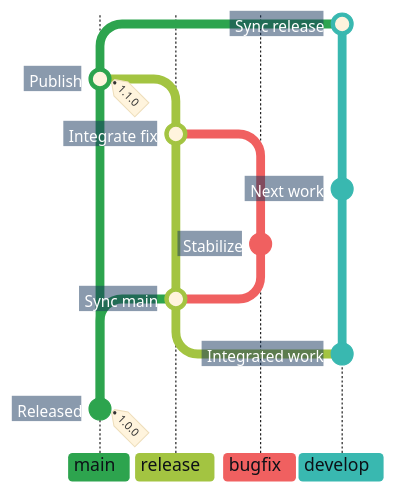
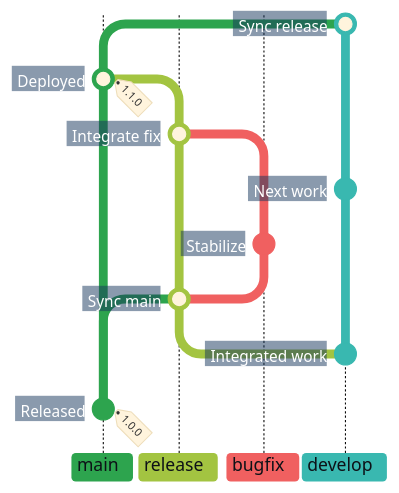
One commit to superhero/operations.superduper.solutions changed the second of 3 diagrams in docs/adr/cicd.md. Above: the diagram before and after it, drawn with Mermaid. The commit also changed other lines of this file, not shown here.

Commit message:
docs: label released versions as deployed

````diff
--- a/docs/adr/cicd.md
+++ b/docs/adr/cicd.md
@@ -98,28 +98,28 @@
 ```mermaid
 %%{init: {"theme": "base", "themeCSS": ".commit-labels g:last-of-type { visibility: hidden; } .commit-label { font-weight: 700; transform: translateX(-8px); } .commit-label-bkg { opacity: 1; stroke: #17365D; stroke-width: 20px; transform: translateX(-5px); clip-path: polygon(-4px -4px, calc(100% + 4px) -4px, calc(100% + 10px) 50%, calc(100% + 4px) calc(100% + 4px), -4px calc(100% + 4px)) fill-box; }", "gitGraph": {"showCommitLabel": true, "rotateCommitLabel": false}, "themeVariables": {
     "commitLabelFontSize": "14px", "commitLabelColor": "#FFFFFF", "commitLabelBackground": "#17365D",
     "git0": "#2DA44E", "gitBranchLabel0": "#0D1117",
     "git1": "#A3C441", "gitBranchLabel1": "#0D1117",
     "git2": "#F06060", "gitBranchLabel2": "#0D1117",
     "git3": "#39B8B0", "gitBranchLabel3": "#0D1117"
 }}}%%
 gitGraph BT:
     %% In BT order, the initial commit note is the last label group; its tag stays visible.
     branch develop order: 3
     checkout main
     commit id: "Released" tag: "1.0.0"
     checkout develop
     commit id: "Integrated work"
     branch "release" order: 1
     merge main id: "Sync main"
     branch "bugfix" order: 2
     commit id: "Stabilize"
     checkout develop
     commit id: "Next work"
     checkout "release"
     merge "bugfix" id: "Integrate fix"
     checkout main
-    merge "release" id: "Publish" tag: "1.1.0"
+    merge "release" id: "Deployed" tag: "1.1.0"
     checkout develop
     merge main id: "Sync release"
 ```
````
